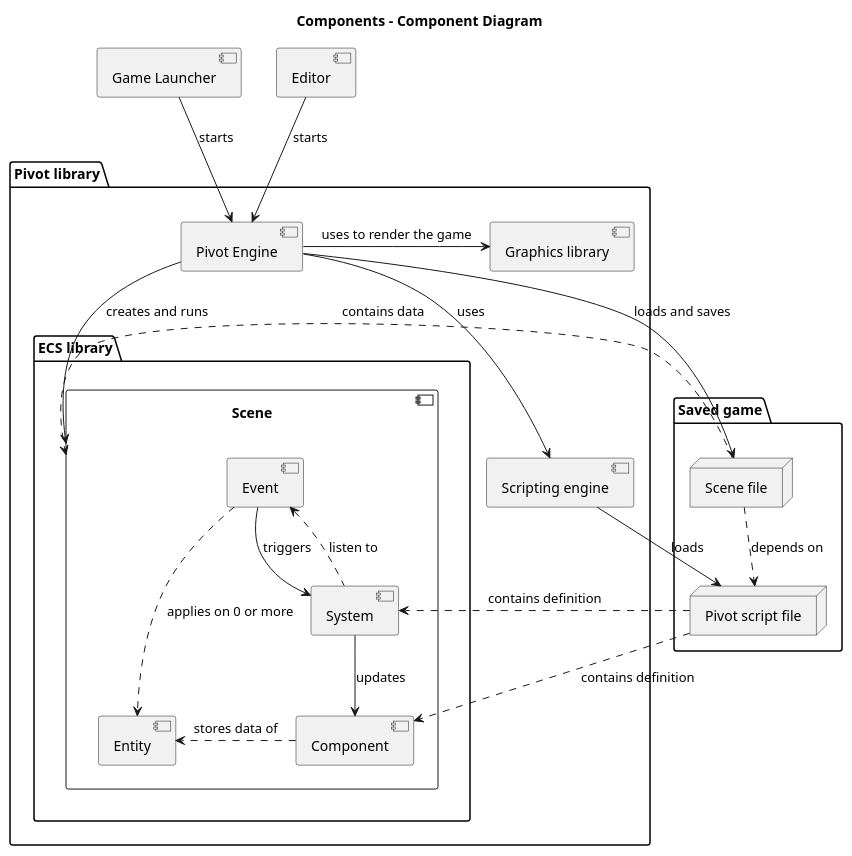
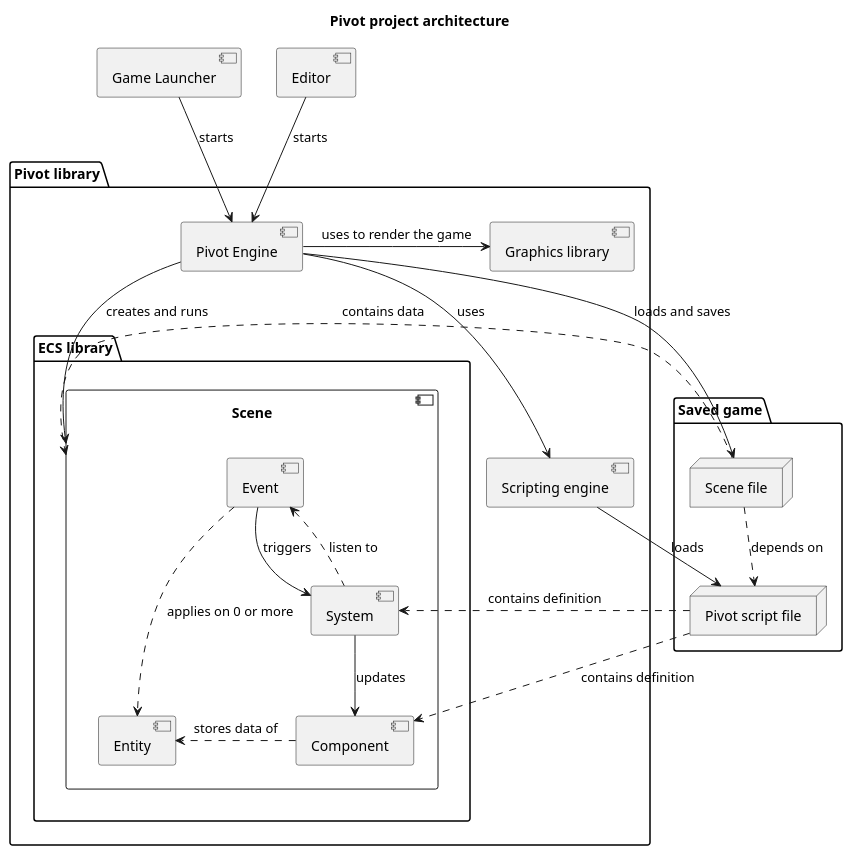
One commit to EIP-Pivot/doc changed the diagram in architecture.plantuml. Above: the diagram before and after it, drawn with PlantUML.

```diff
--- a/architecture.plantuml
+++ b/architecture.plantuml
@@ -1,50 +1,50 @@
 @startuml
 
-title Components - Component Diagram
+title Pivot project architecture
 
 package "Pivot library" {
   folder "ECS library" as ecs {
   
     component Scene as scene {
       [Entity] as entity
       [Component] as component
       [System] as system
       [Event] as event
       
       event --> system: triggers
       event <.. system: listen to
       event ..> entity: applies on 0 or more
       system --> component: updates
       component .> entity: stores data of
     }
   }
   
   component [Graphics library] as graphics
   component [Scripting engine] as scripting
   component [Pivot Engine] as pivot
   
   pivot --> scene: creates and runs
   pivot -> graphics: uses to render the game
   pivot --> scripting: uses
   
 }
 component [Game Launcher] as launcher
 launcher --> pivot: starts
 
 component [Editor] as editor
 editor --> pivot: starts
 
 folder "Saved game" {
   node "Pivot script file" as script_file
   node "Scene file" as scene_file
 }
 
 script_file ..> component: contains definition
 script_file ..> system: contains definition
 scene_file ..> scene: contains data
 scene_file ..> script_file: depends on
 
 pivot --> scene_file: loads and saves
 scripting --> script_file: loads
 
 @enduml
```
